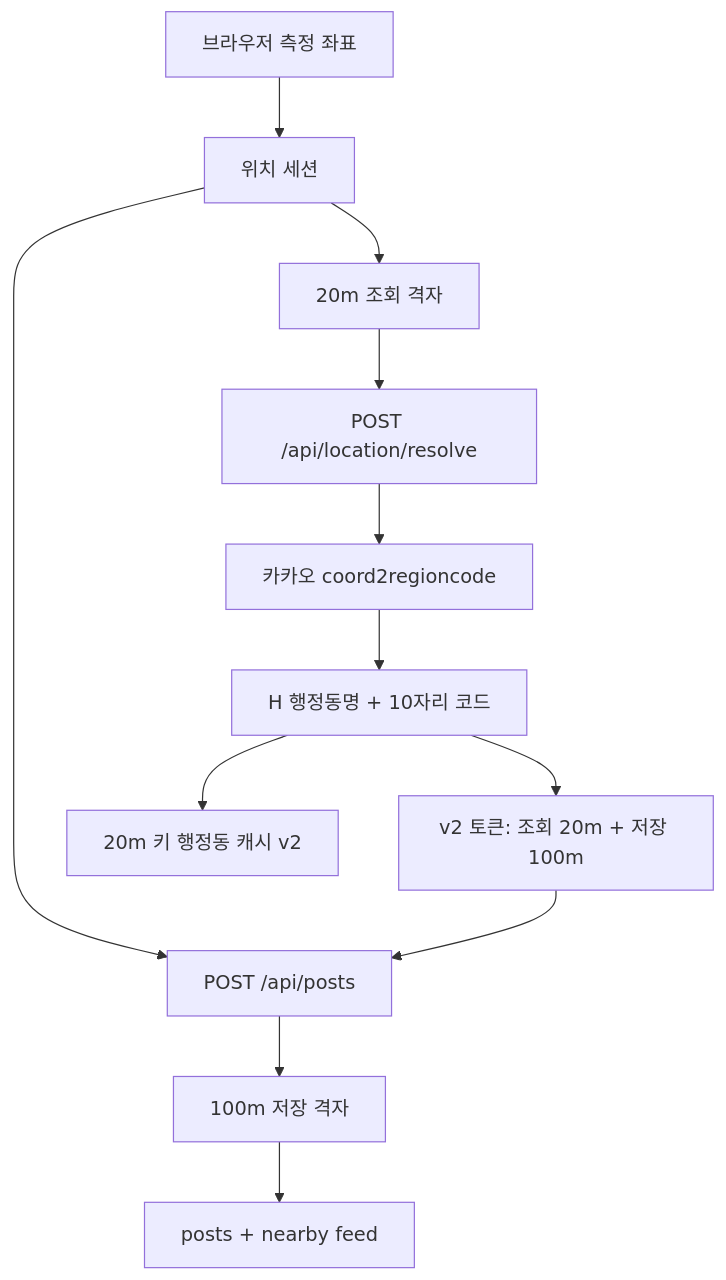
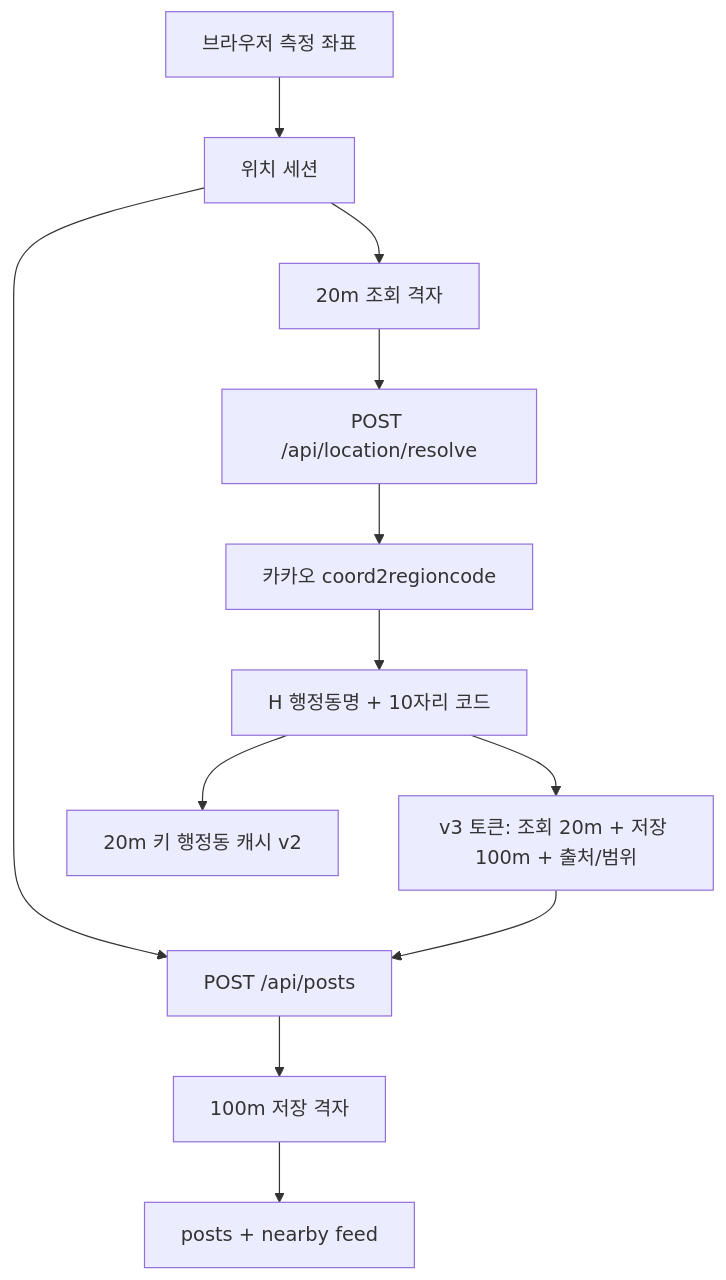
One commit to gunhalee/herebtw2 changed the first of 3 diagrams in docs/location-system-hardening-plan.md. Above: the diagram before and after it, drawn with Mermaid. The commit also changed other lines of this file and 45 other files, not shown here.

````diff
--- a/docs/location-system-hardening-plan.md
+++ b/docs/location-system-hardening-plan.md
@@ -86,14 +92,14 @@
 ```mermaid
 flowchart TD
   browser["브라우저 측정 좌표"] --> session["위치 세션"]
   session --> lookupGrid["20m 조회 격자"]
   lookupGrid --> resolveApi["POST /api/location/resolve"]
   resolveApi --> kakao["카카오 coord2regioncode"]
   kakao --> administrative["H 행정동명 + 10자리 코드"]
-  administrative --> tokenV2["v2 토큰: 조회 20m + 저장 100m"]
+  administrative --> tokenV2["v3 토큰: 조회 20m + 저장 100m + 출처/범위"]
   administrative --> adminCacheV2["20m 키 행정동 캐시 v2"]
   session --> postApi["POST /api/posts"]
   tokenV2 --> postApi
   postApi --> storageGrid["100m 저장 격자"]
   storageGrid --> database["posts + nearby feed"]
 ```
````
